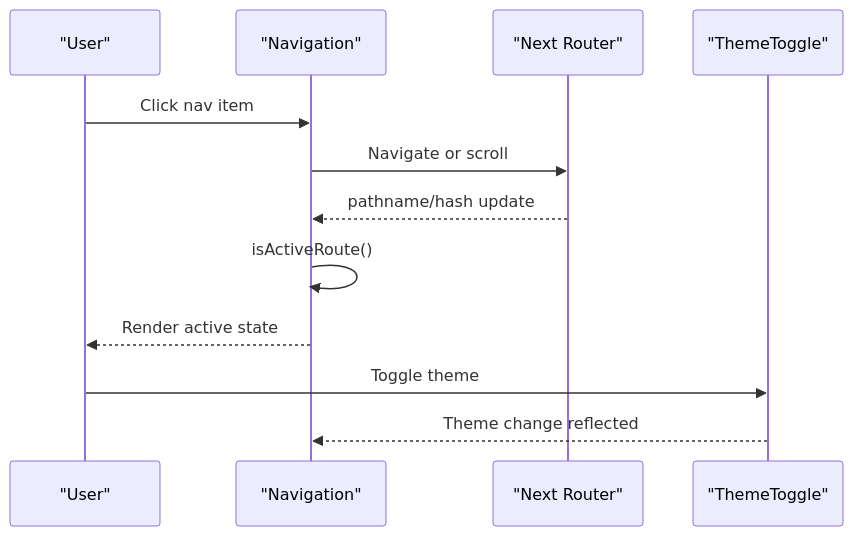
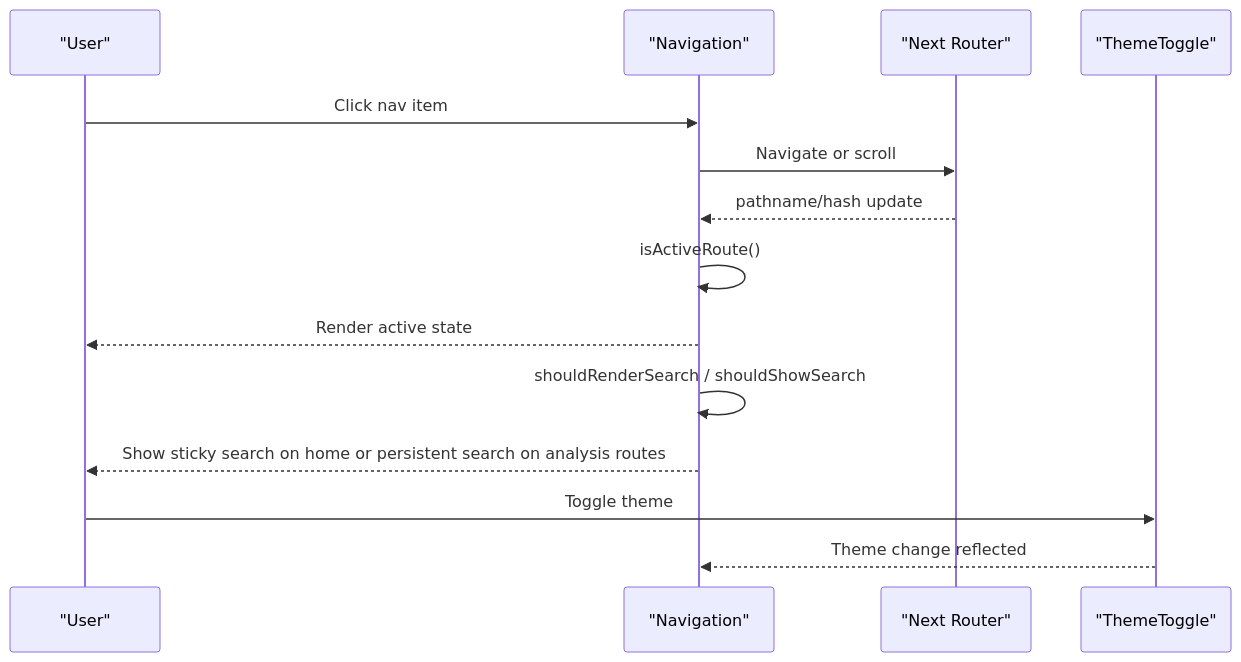
The fourth of 10 diagrams in .qoder/repowiki/en/content/Frontend Application/Component Library and UI System/Common Components.md (ptnghia-j/ChordMiniApp), drawn with Mermaid before and after one commit. The commit also changed other lines of this file and 13 other files, not shown here.

````diff
--- a/.qoder/repowiki/en/content/Frontend Application/Component Library and UI System/Common Components.md
+++ b/.qoder/repowiki/en/content/Frontend Application/Component Library and UI System/Common Components.md
@@ -203,14 +209,16 @@
 ```mermaid
 sequenceDiagram
 participant U as "User"
 participant N as "Navigation"
 participant P as "Next Router"
 participant T as "ThemeToggle"
 U->>N : Click nav item
 N->>P : Navigate or scroll
 P-->>N : pathname/hash update
 N->>N : isActiveRoute()
 N-->>U : Render active state
+N->>N : shouldRenderSearch / shouldShowSearch
+N-->>U : Show sticky search on home or persistent search on analysis routes
 U->>T : Toggle theme
 T-->>N : Theme change reflected
 ```
````
